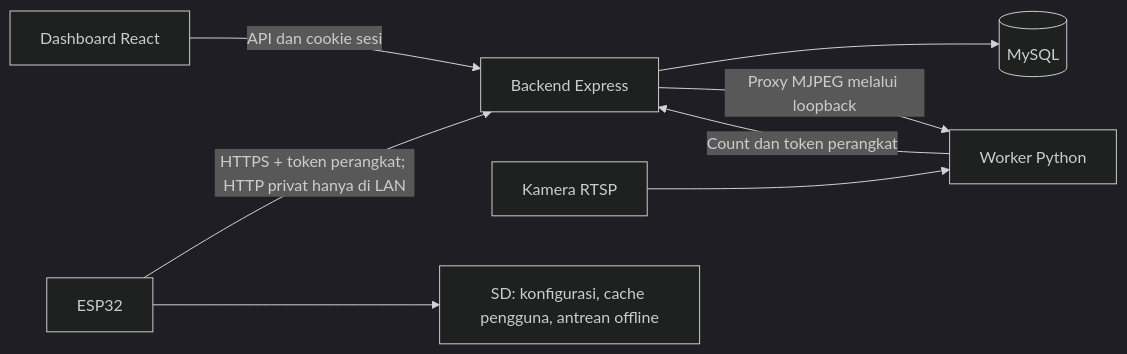
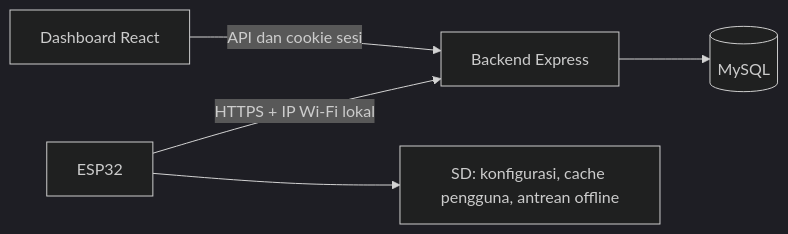
One commit to magangsipt-oss/LOTOBARUPOKOKNYA changed the diagram in docs/ARCHITECTURE.md. Above: the diagram before and after it, drawn with Mermaid (dark theme). The commit also changed other lines of this file and 36 other files, not shown here.

````diff
--- a/docs/ARCHITECTURE.md
+++ b/docs/ARCHITECTURE.md
@@ -5,10 +5,7 @@
 ```mermaid
 flowchart LR
     Browser[Dashboard React] -->|API dan cookie sesi| API[Backend Express]
-    ESP[ESP32] -->|HTTPS + token perangkat; HTTP privat hanya di LAN| API
-    Camera[Kamera RTSP] --> Counting[Worker Python]
-    Counting -->|Count dan token perangkat| API
+    ESP[ESP32] -->|HTTPS + IP Wi-Fi lokal| API
     API --> DB[(MySQL)]
-    API -->|Proxy MJPEG melalui loopback| Counting
     ESP --> SD[SD: konfigurasi, cache pengguna, antrean offline]
 ```
````
